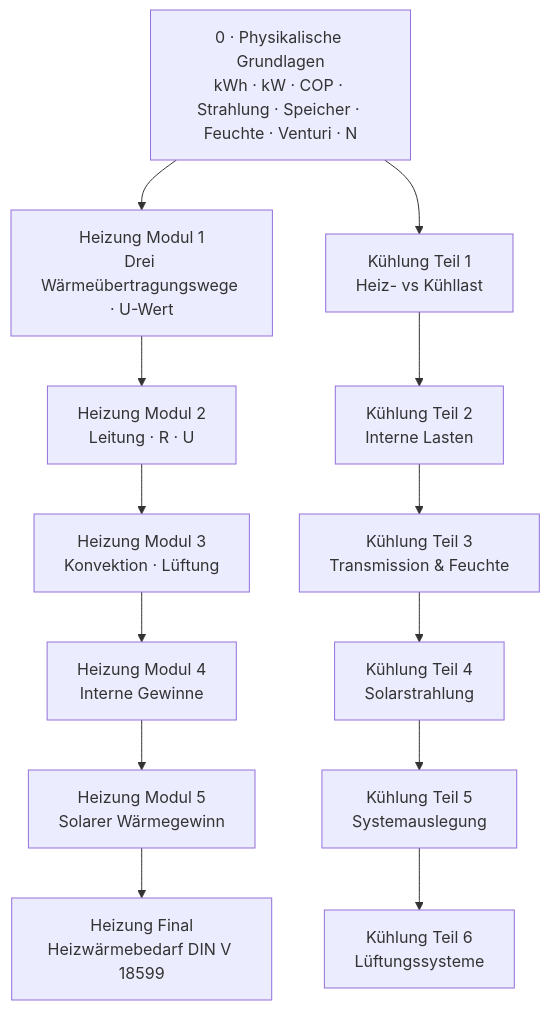
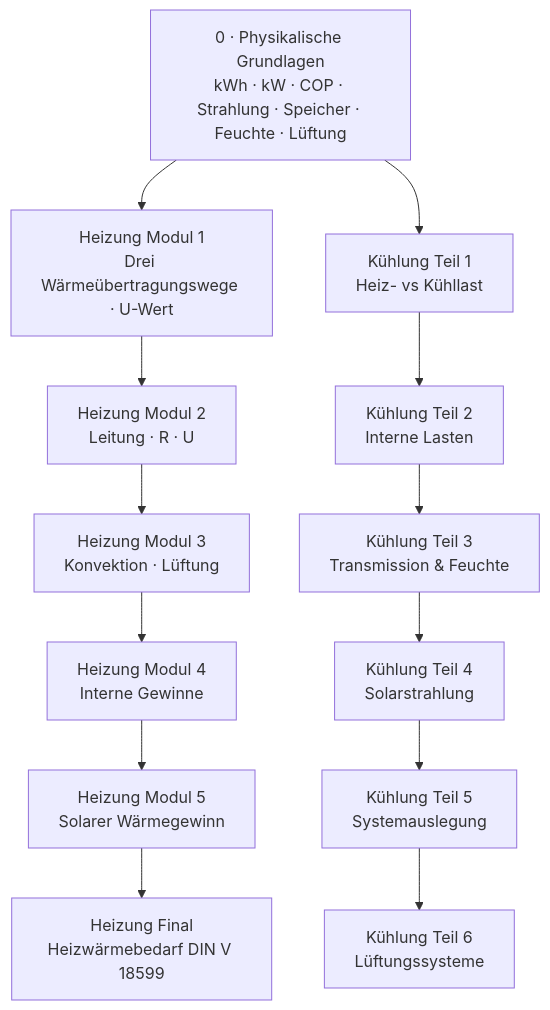
Before and after one commit to usalu/semio: the diagram in tutorial/energy/demand/KONZEPTE_UND_FORMELN.md, drawn with Mermaid. The commit also changed other lines of this file and 27 other files, not shown here.

````diff
--- a/tutorial/energy/demand/KONZEPTE_UND_FORMELN.md
+++ b/tutorial/energy/demand/KONZEPTE_UND_FORMELN.md
@@ -10,19 +10,19 @@
 ```mermaid
 flowchart TB
-    PF["0 · Physikalische Grundlagen<br/>kWh · kW · COP · Strahlung · Speicher · Feuchte · Venturi · N"]
+    PF["0 · Physikalische Grundlagen<br/>kWh · kW · COP · Strahlung · Speicher · Feuchte · Lüftung"]
     H1["Heizung Modul 1<br/>Drei Wärmeübertragungswege · U-Wert"]
     H2["Heizung Modul 2<br/>Leitung · R · U"]
     H3["Heizung Modul 3<br/>Konvektion · Lüftung"]
     H4["Heizung Modul 4<br/>Interne Gewinne"]
     H5["Heizung Modul 5<br/>Solarer Wärmegewinn"]
     HF["Heizung Final<br/>Heizwärmebedarf DIN V 18599"]
     C1["Kühlung Teil 1<br/>Heiz- vs Kühllast"]
     C2["Kühlung Teil 2<br/>Interne Lasten"]
     C3["Kühlung Teil 3<br/>Transmission & Feuchte"]
     C4["Kühlung Teil 4<br/>Solarstrahlung"]
     C5["Kühlung Teil 5<br/>Systemauslegung"]
     C6["Kühlung Teil 6<br/>Lüftungssysteme"]
 
     PF --> H1 --> H2 --> H3 --> H4 --> H5 --> HF
     PF --> C1 --> C2 --> C3 --> C4 --> C5 --> C6
 ```
````
